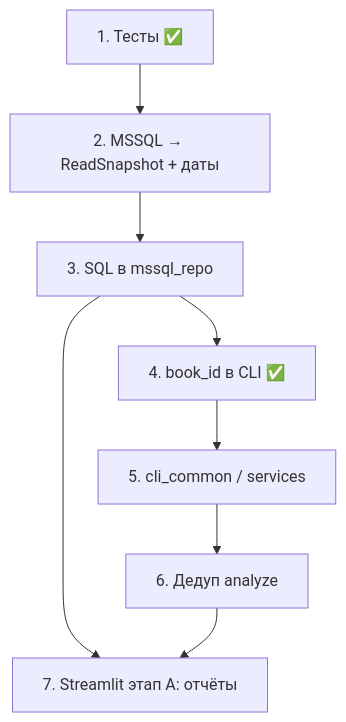
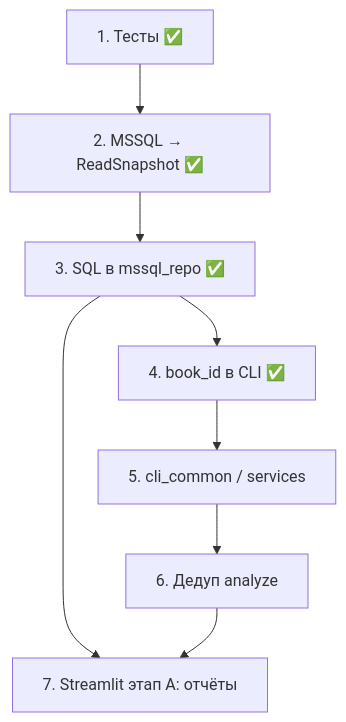
The diagram in refactoring_plan.md (megabax/BookReadingAnalyzer), drawn with Mermaid before and after one commit. The commit also changed other lines of this file and 15 other files, not shown here.

Commit message:
refactoring: unify reports via ReadSnapshot from MSSQL

````diff
--- a/refactoring_plan.md
+++ b/refactoring_plan.md
@@ -290,10 +273,10 @@
 ```mermaid
 flowchart TD
-    A["1. Тесты ✅"] --> B["2. MSSQL → ReadSnapshot + даты"]
-    B --> C["3. SQL в mssql_repo"]
+    A["1. Тесты ✅"] --> B["2. MSSQL → ReadSnapshot ✅"]
+    B --> C["3. SQL в mssql_repo ✅"]
     C --> D["4. book_id в CLI ✅"]
     D --> E["5. cli_common / services"]
     E --> F["6. Дедуп analyze"]
     C --> G["7. Streamlit этап A: отчёты"]
     F --> G
 ```
````
